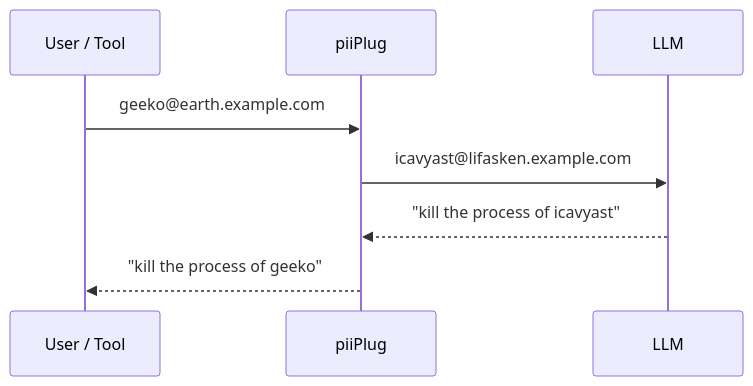
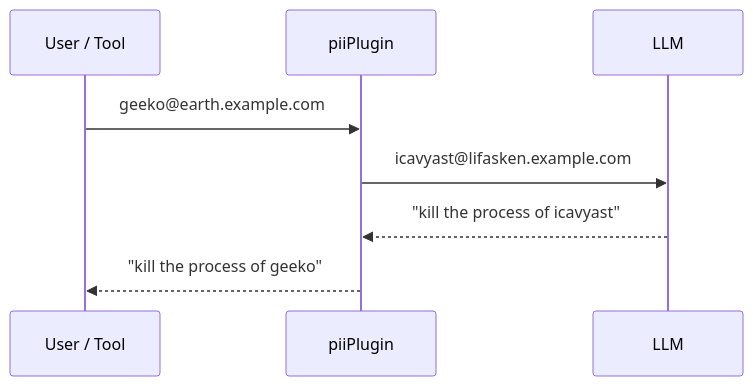
One commit to openSUSE/piiplugin changed the diagram in README.md. Above: the diagram before and after it, drawn with Mermaid. The commit also changed other lines of this file and 1 other file, not shown here.

````diff
--- a/README.md
+++ b/README.md
@@ -76,10 +76,10 @@
 ```mermaid
 sequenceDiagram
     participant U as User / Tool
-    participant P as piiPlug
+    participant P as piiPlugin
     participant M as LLM
     U->>P: geeko@earth.example.com
     P->>M: icavyast@lifasken.example.com
     M-->>P: "kill the process of icavyast"
     P-->>U: "kill the process of geeko"
 ```
````
